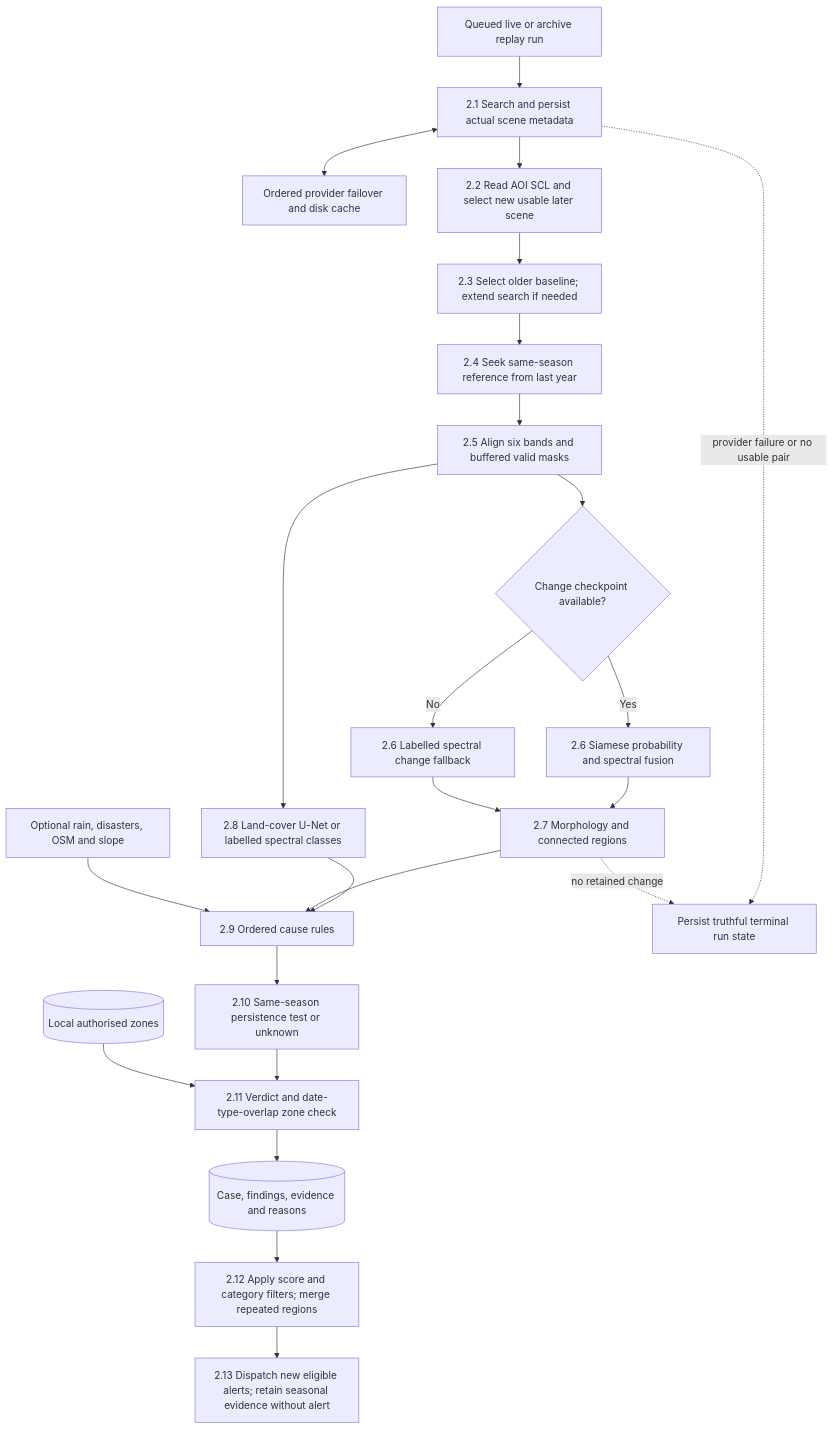
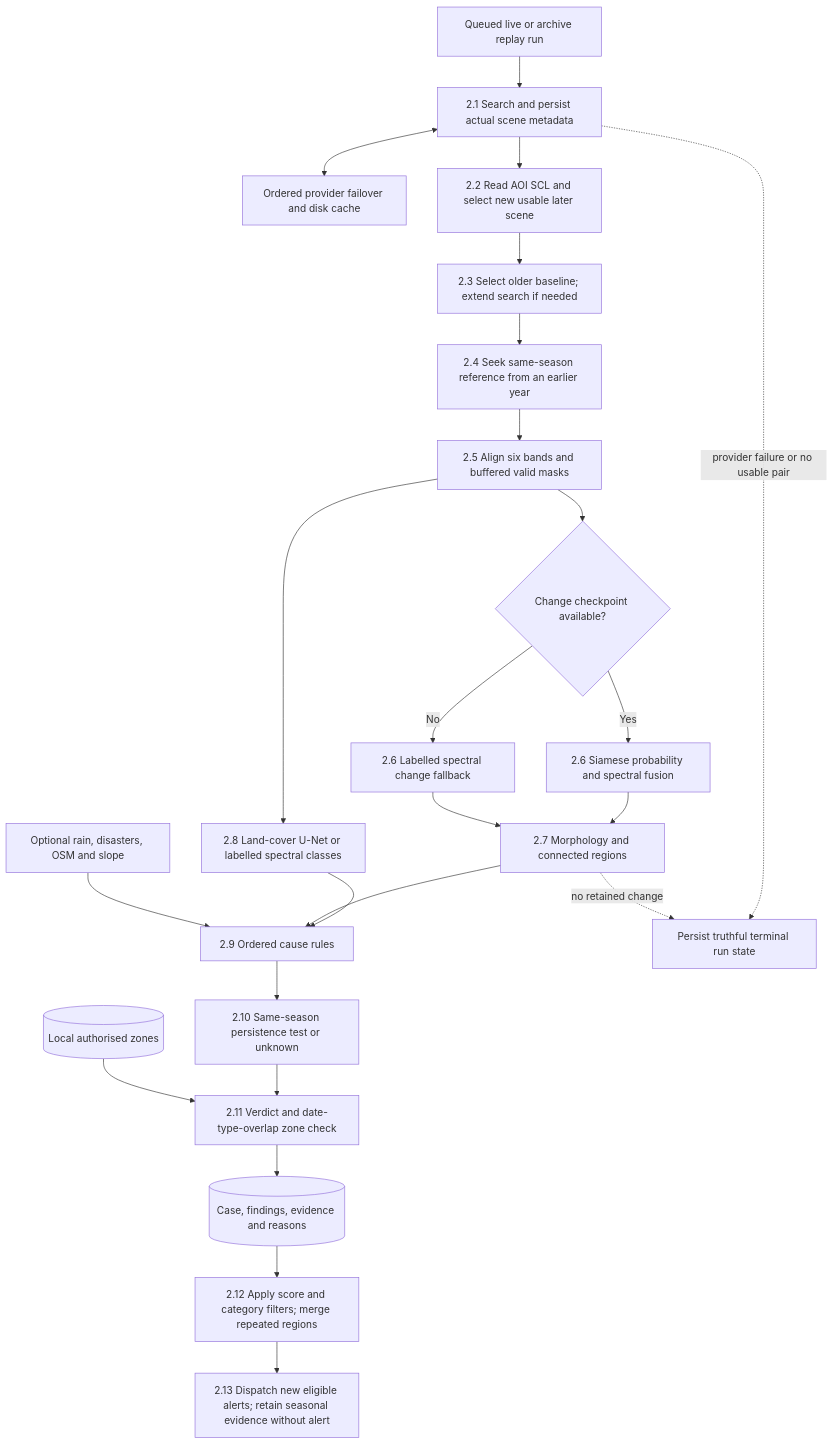
The diagram in docs/diagrams/dfd-level-2.mmd (srinidhimanjunath111-ni/SentinelWatch_Project), drawn with Mermaid before and after one commit. The commit also changed 10 other files, not shown here.

```diff
--- a/docs/diagrams/dfd-level-2.mmd
+++ b/docs/diagrams/dfd-level-2.mmd
@@ -1,24 +1,24 @@
 flowchart TB
   R[Queued live or archive replay run] --> S[2.1 Search and persist actual scene metadata]
   S <--> P[Ordered provider failover and disk cache]
   S --> C[2.2 Read AOI SCL and select new usable later scene]
   C --> B[2.3 Select older baseline; extend search if needed]
-  B --> REF[2.4 Seek same-season reference from last year]
+  B --> REF[2.4 Seek same-season reference from an earlier year]
   REF --> A[2.5 Align six bands and buffered valid masks]
   A --> M{Change checkpoint available?}
   M -- Yes --> ML[2.6 Siamese probability and spectral fusion]
   M -- No --> SP[2.6 Labelled spectral change fallback]
   ML --> REG[2.7 Morphology and connected regions]
   SP --> REG
   A --> LC[2.8 Land-cover U-Net or labelled spectral classes]
   LC --> CAUSE[2.9 Ordered cause rules]
   REG --> CAUSE
   CTX[Optional rain, disasters, OSM and slope] --> CAUSE
   CAUSE --> SEAS[2.10 Same-season persistence test or unknown]
   SEAS --> AUTH[2.11 Verdict and date-type-overlap zone check]
   Z[(Local authorised zones)] --> AUTH
   AUTH --> E[(Case, findings, evidence and reasons)]
   E --> EL[2.12 Apply score and category filters; merge repeated regions]
   EL --> DIS[2.13 Dispatch new eligible alerts; retain seasonal evidence without alert]
   S -. provider failure or no usable pair .-> END[Persist truthful terminal run state]
   REG -. no retained change .-> END
```
